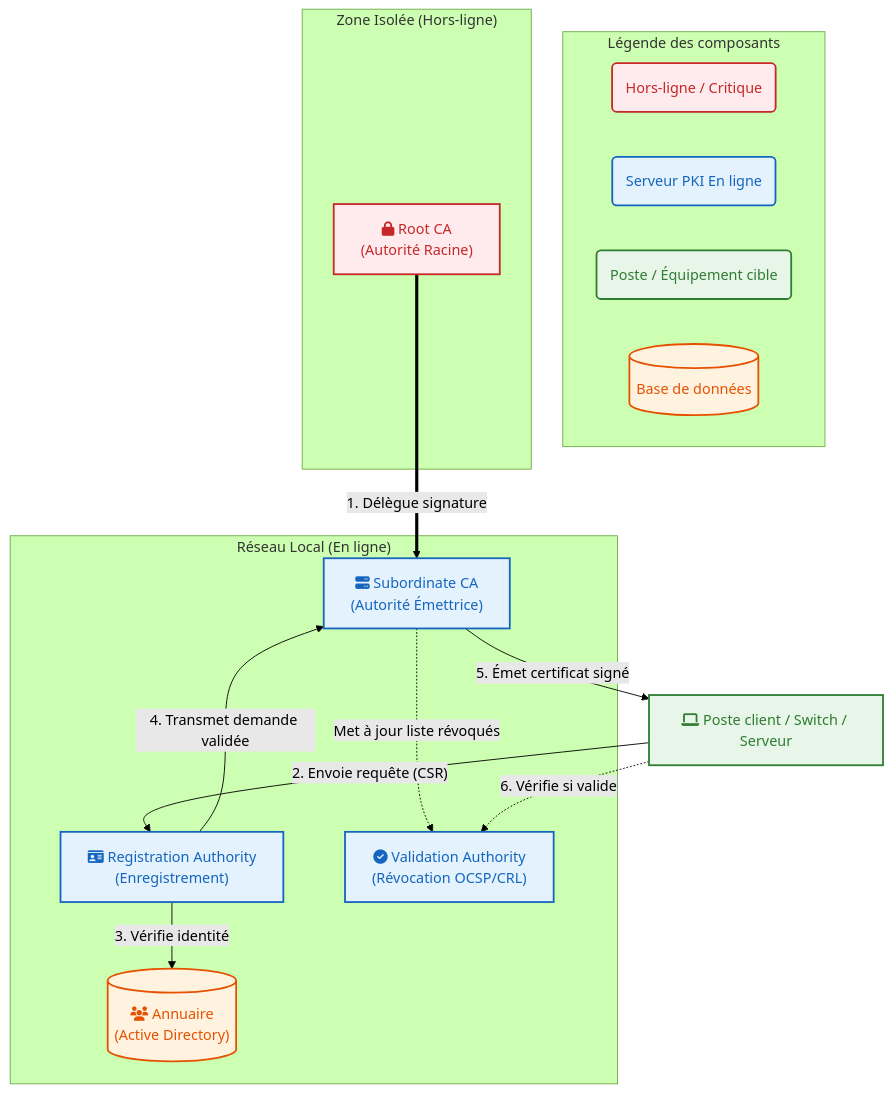
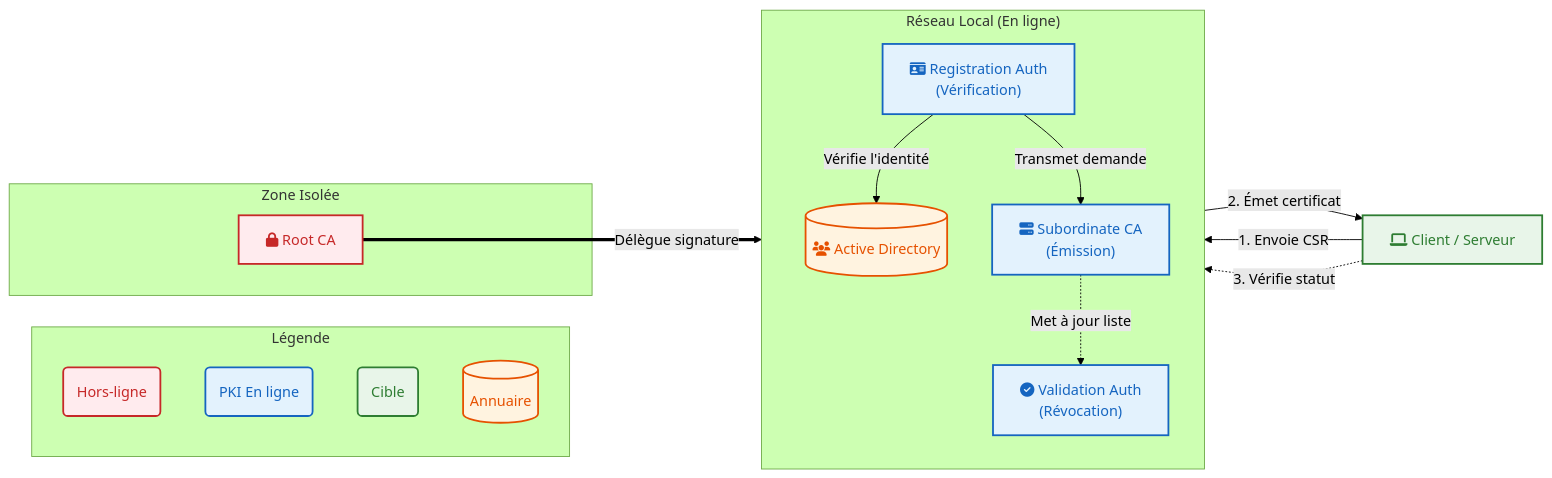
Before and after one commit to FireToak/ecocert-docs: the first of 3 diagrams in docs/01-ressources/pki.md, drawn with Mermaid (forest theme).

Commit message:
docs: restructuration du schéma d'architecture PKI pour un routage propre (graphe LR avec sous-graphe TB)

````diff
--- a/docs/01-ressources/pki.md
+++ b/docs/01-ressources/pki.md
@@ -48,35 +48,37 @@
 ```mermaid
-graph TD
+graph LR
     classDef critique fill:#ffebee,stroke:#c62828,stroke-width:2px,color:#c62828
     classDef interne fill:#e3f2fd,stroke:#1565c0,stroke-width:2px,color:#1565c0
     classDef client fill:#e8f5e9,stroke:#2e7d32,stroke-width:2px,color:#2e7d32
     classDef annuaire fill:#fff3e0,stroke:#e65100,stroke-width:2px,color:#e65100
 
-    subgraph Legende ["Légende des composants"]
-        L1("Hors-ligne / Critique"):::critique
-        L2("Serveur PKI En ligne"):::interne
-        L3("Poste / Équipement cible"):::client
-        L4[("Base de données")]:::annuaire
+    subgraph Legende ["Légende"]
+        L1("Hors-ligne"):::critique
+        L2("PKI En ligne"):::interne
+        L3("Cible"):::client
+        L4[("Annuaire")]:::annuaire
     end
 
-    subgraph Zone_Haute_Securite ["Zone Isolée (Hors-ligne)"]
-        RootCA["fa:fa-lock Root CA<br/>(Autorité Racine)"]:::critique
+    subgraph Zone_Haute_Securite ["Zone Isolée"]
+        RootCA["fa:fa-lock Root CA"]:::critique
     end
 
     subgraph Infra_Reseau_Interne ["Réseau Local (En ligne)"]
-        SubCA["fa:fa-server Subordinate CA<br/>(Autorité Émettrice)"]:::interne
-        RA["fa:fa-id-card Registration Authority<br/>(Enregistrement)"]:::interne
-        VA["fa:fa-check-circle Validation Authority<br/>(Révocation OCSP/CRL)"]:::interne
-        AD[("fa:fa-users Annuaire<br/>(Active Directory)")]:::annuaire
+        direction TB
+        RA["fa:fa-id-card Registration Auth<br/>(Vérification)"]:::interne
+        AD[("fa:fa-users Active Directory")]:::annuaire
+        SubCA["fa:fa-server Subordinate CA<br/>(Émission)"]:::interne
+        VA["fa:fa-check-circle Validation Auth<br/>(Révocation)"]:::interne
+        
+        RA -- "Vérifie l'identité" --> AD
+        RA -- "Transmet demande" --> SubCA
+        SubCA -. "Met à jour liste" .-> VA
     end
 
-    Client["fa:fa-laptop Poste client / Switch / Serveur"]:::client
+    Client["fa:fa-laptop Client / Serveur"]:::client
 
-    RootCA == "1. Délègue signature" ==> SubCA
-    Client -- "2. Envoie requête (CSR)" --> RA
-    RA -- "3. Vérifie identité" --> AD
-    RA -- "4. Transmet demande validée" --> SubCA
-    SubCA -- "5. Émet certificat signé" --> Client
-    SubCA -. "Met à jour liste révoqués" .-> VA
-    Client -. "6. Vérifie si valide" .-> VA
+    RootCA == "Délègue signature" ==> SubCA
+    Client -- "1. Envoie CSR" --> RA
+    SubCA -- "2. Émet certificat" --> Client
+    Client -. "3. Vérifie statut" .-> VA
 ```
````
